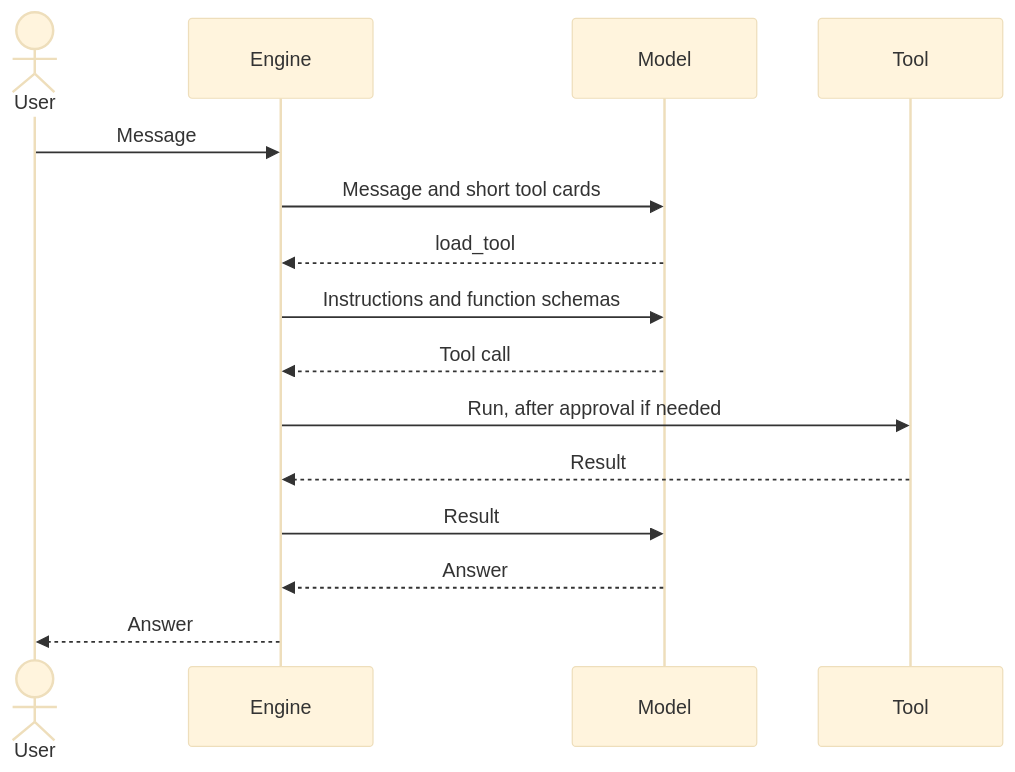
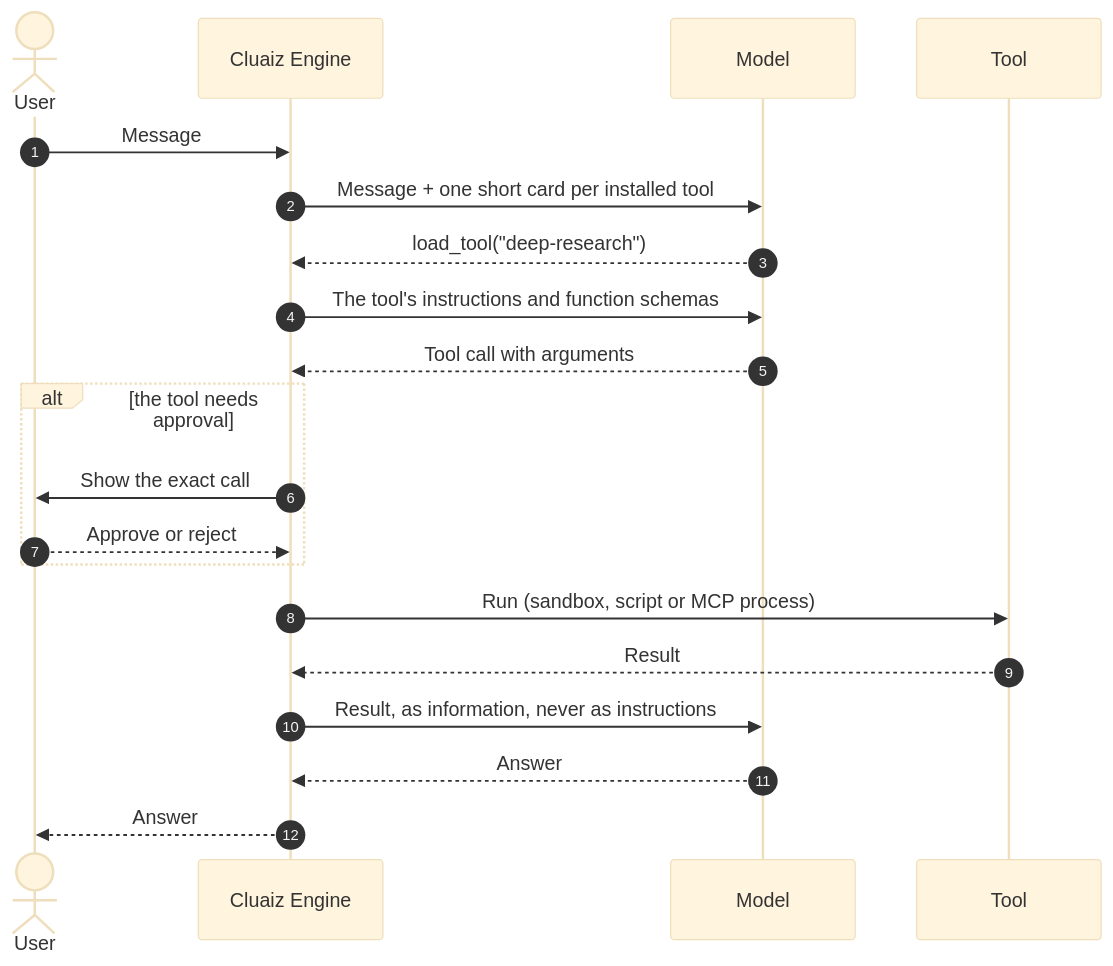
The first of 2 diagrams in README.md (cluaiz/cluaiz-tools), drawn with Mermaid (base theme) before and after one commit. The commit also changed other lines of this file and 7 other files, not shown here.

````diff
--- a/README.md
+++ b/README.md
@@ -35,18 +127,23 @@
 ```mermaid
 sequenceDiagram
-    actor User
-    participant Engine
-    participant Model
-    participant Tool
+    autonumber
+    actor U as User
+    participant E as Cluaiz Engine
+    participant M as Model
+    participant T as Tool
 
-    User->>Engine: Message
-    Engine->>Model: Message and short tool cards
-    Model-->>Engine: load_tool
-    Engine->>Model: Instructions and function schemas
-    Model-->>Engine: Tool call
-    Engine->>Tool: Run, after approval if needed
-    Tool-->>Engine: Result
-    Engine->>Model: Result
-    Model-->>Engine: Answer
-    Engine-->>User: Answer
+    U->>E: Message
+    E->>M: Message + one short card per installed tool
+    M-->>E: load_tool("deep-research")
+    E->>M: The tool's instructions and function schemas
+    M-->>E: Tool call with arguments
+    alt the tool needs approval
+        E->>U: Show the exact call
+        U-->>E: Approve or reject
+    end
+    E->>T: Run (sandbox, script or MCP process)
+    T-->>E: Result
+    E->>M: Result, as information, never as instructions
+    M-->>E: Answer
+    E-->>U: Answer
 ```
````
